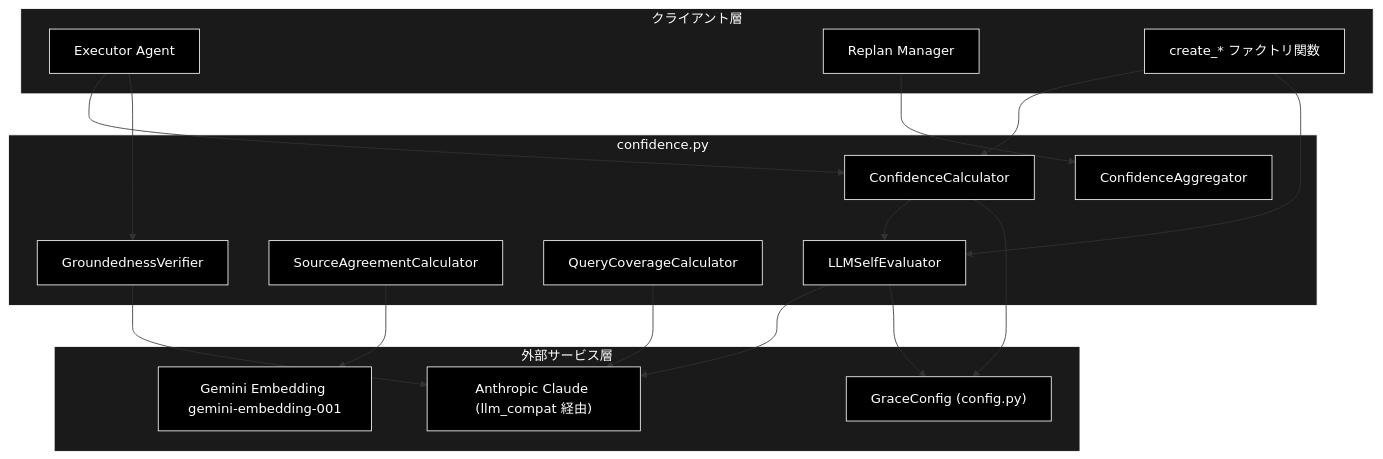
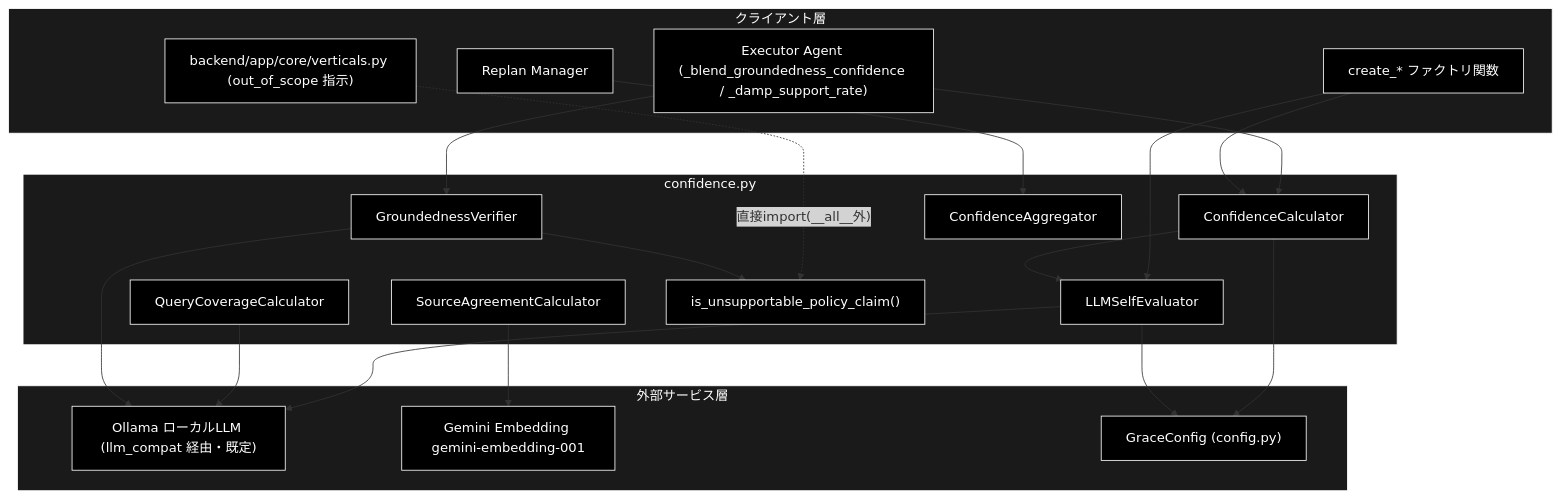
One commit to nakashima2toshio/grace_v2_local changed the first of 3 diagrams in grace/docs/confidence.md. Above: the diagram before and after it, drawn with Mermaid. The commit also changed other lines of this file and 2 other files, not shown here.

First line of the commit message:
docs(grace/backend): planner・confidence・gates を実装に追いつかせる

````diff
--- a/grace/docs/confidence.md
+++ b/grace/docs/confidence.md
@@ -89,42 +95,46 @@
 ```mermaid
 flowchart TB
     subgraph CLIENT["クライアント層"]
-        EXECUTOR["Executor Agent"]
+        EXECUTOR["Executor Agent (_blend_groundedness_confidence / _damp_support_rate)"]
         REPLAN["Replan Manager"]
+        VERTICALS["backend/app/core/verticals.py (out_of_scope 指示)"]
         FACTORY["create_* ファクトリ関数"]
     end
 
     subgraph MODULE["confidence.py"]
         CALC["ConfidenceCalculator"]
         EVAL["LLMSelfEvaluator"]
         SRC["SourceAgreementCalculator"]
         COV["QueryCoverageCalculator"]
+        POLICY["is_unsupportable_policy_claim()"]
         GND["GroundednessVerifier"]
         AGG["ConfidenceAggregator"]
     end
 
     subgraph EXTERNAL["外部サービス層"]
-        LLM["Anthropic Claude (llm_compat 経由)"]
+        LLM["Ollama ローカルLLM (llm_compat 経由・既定)"]
         EMB["Gemini Embedding gemini-embedding-001"]
         CONFIG["GraceConfig (config.py)"]
     end
 
     EXECUTOR --> CALC
     EXECUTOR --> GND
     REPLAN --> AGG
+    VERTICALS -.->|"直接import(__all__外)"| POLICY
     FACTORY --> CALC
     FACTORY --> EVAL
     CALC --> EVAL
+    GND --> POLICY
     EVAL --> LLM
     COV --> LLM
     GND --> LLM
     SRC --> EMB
     CALC --> CONFIG
     EVAL --> CONFIG
 classDef default fill:#000,stroke:#fff,color:#fff
 classDef subgraphStyle fill:#1a1a1a,stroke:#fff,color:#fff
-class EXECUTOR,REPLAN,FACTORY,CALC,EVAL,SRC,COV,GND,AGG,LLM,EMB,CONFIG default
+class EXECUTOR,REPLAN,VERTICALS,FACTORY,CALC,EVAL,SRC,COV,POLICY,GND,AGG,LLM,EMB,CONFIG default
 style CLIENT fill:#1a1a1a,stroke:#fff,color:#fff
 style MODULE fill:#1a1a1a,stroke:#fff,color:#fff
 style EXTERNAL fill:#1a1a1a,stroke:#fff,color:#fff
 ```
````
